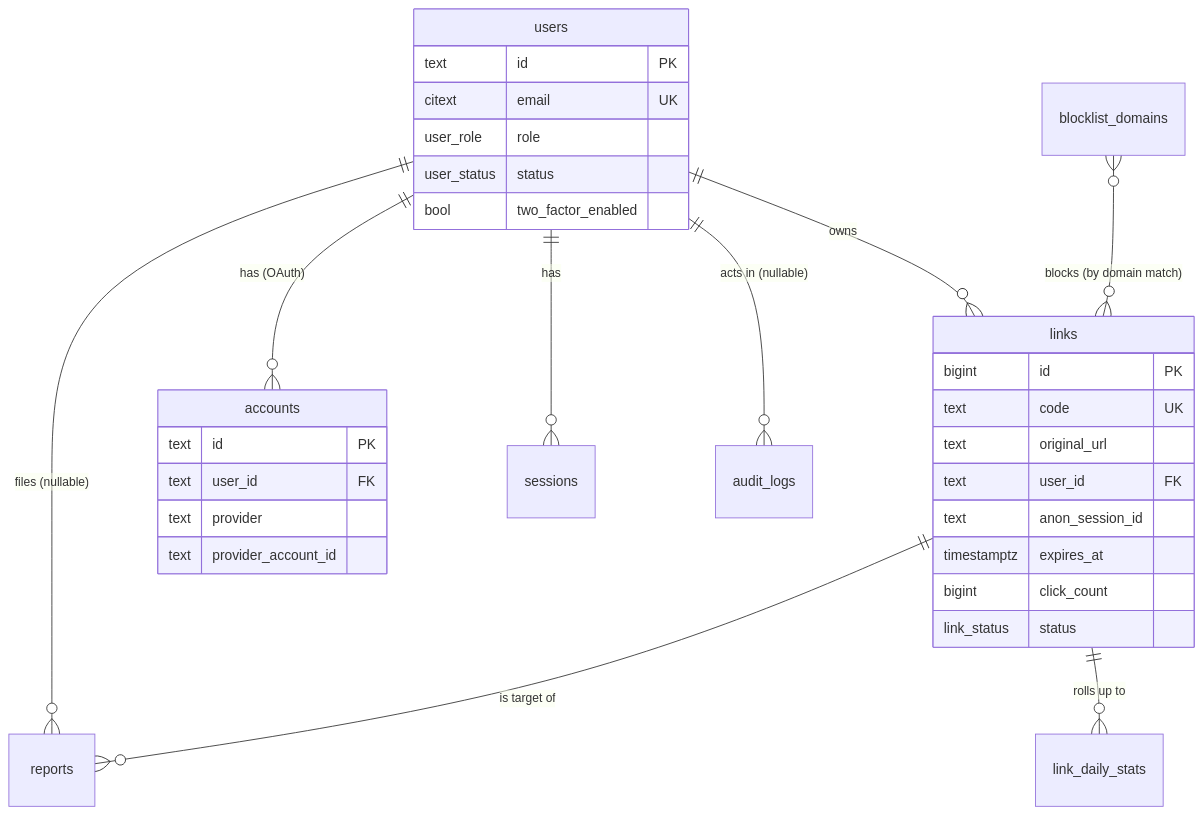
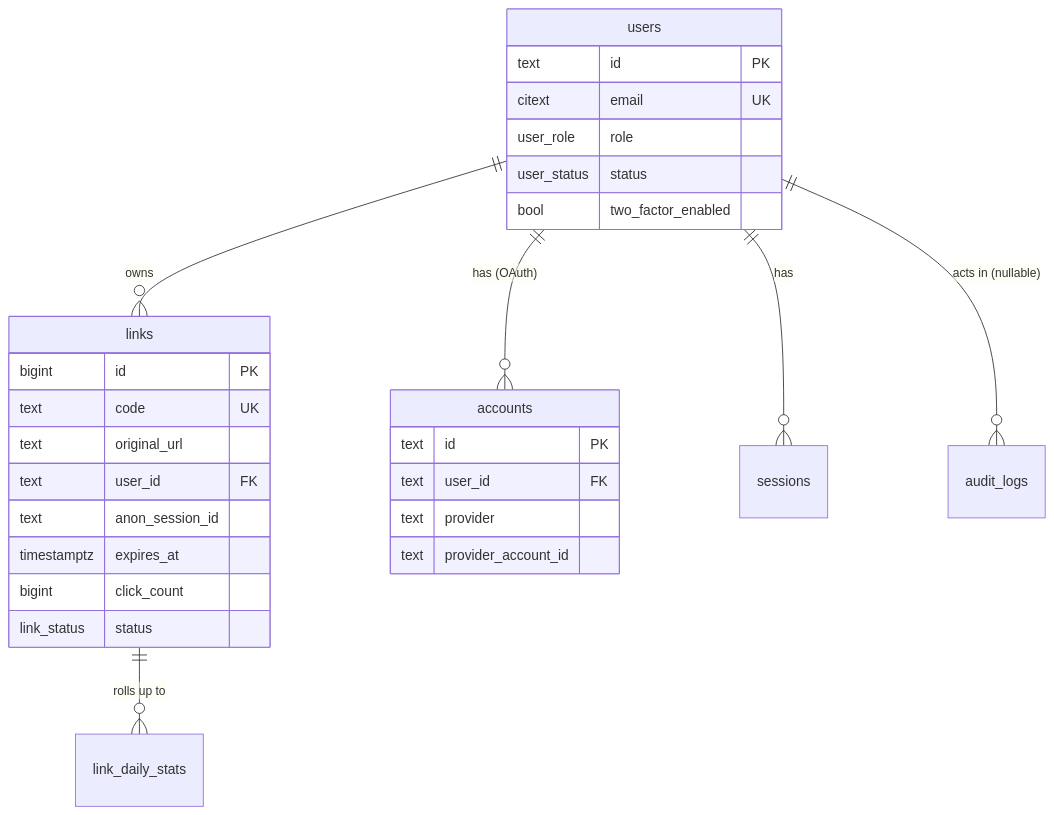
Before and after one commit to thosonit/url-shortener: the diagram in docs/database.md, drawn with Mermaid. The commit also changed other lines of this file and 12 other files, not shown here.

First line of the commit message:
docs: drop FC004 (reports & moderation) and FC005 (blocklist)

````diff
--- a/docs/database.md
+++ b/docs/database.md
@@ -27,35 +27,32 @@
 ```mermaid
 erDiagram
     users ||--o{ links : owns
     users ||--o{ accounts : "has (OAuth)"
     users ||--o{ sessions : "has"
-    users ||--o{ reports : "files (nullable)"
     users ||--o{ audit_logs : "acts in (nullable)"
-    links ||--o{ reports : "is target of"
     links ||--o{ link_daily_stats : "rolls up to"
-    blocklist_domains }o--o{ links : "blocks (by domain match)"
 
     users {
         text id PK
         citext email UK
         user_role role
         user_status status
         bool two_factor_enabled
     }
     links {
         bigint id PK
         text code UK
         text original_url
         text user_id FK
         text anon_session_id
         timestamptz expires_at
         bigint click_count
         link_status status
     }
     accounts {
         text id PK
         text user_id FK
         text provider
         text provider_account_id
     }
 ```
````
